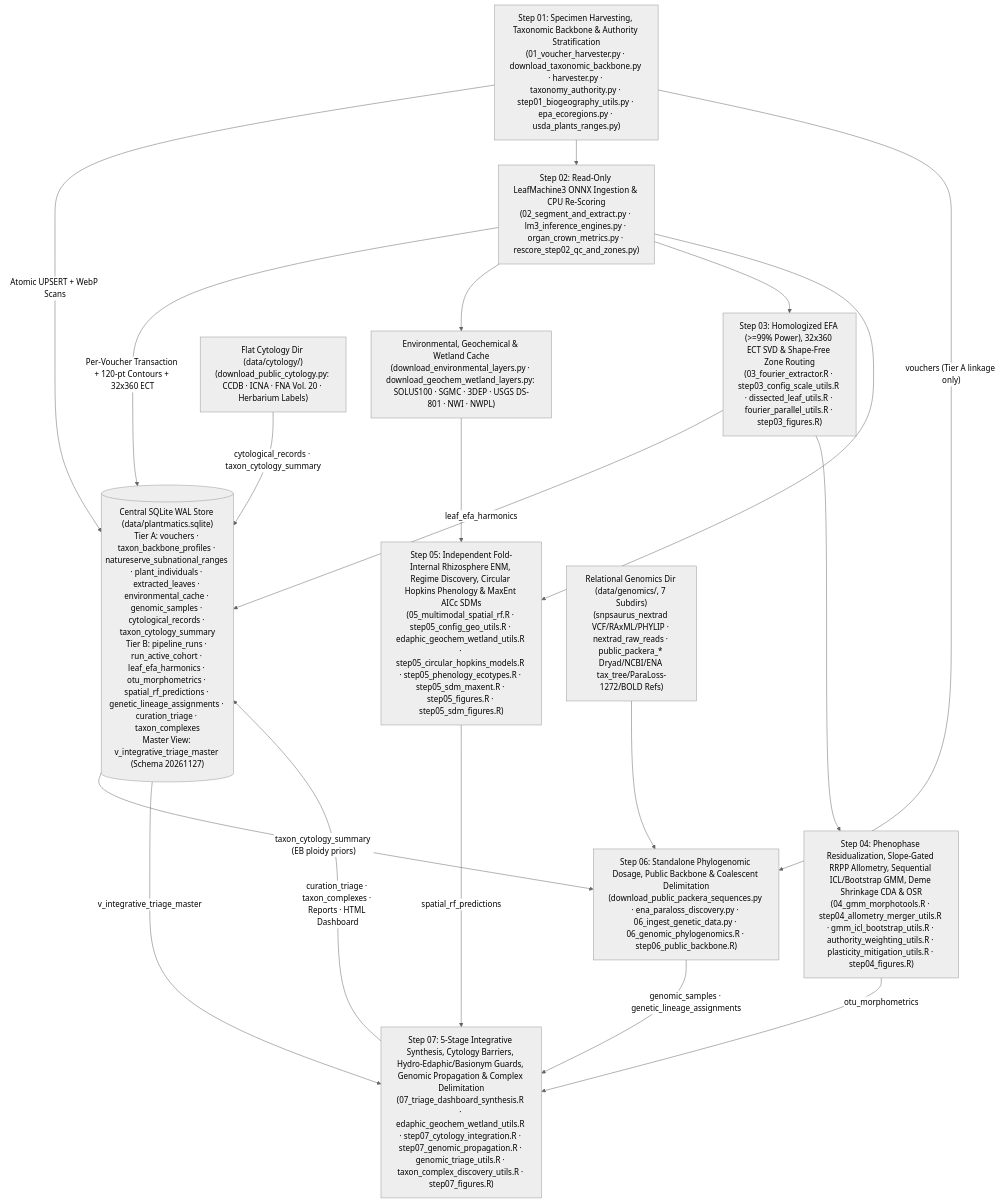
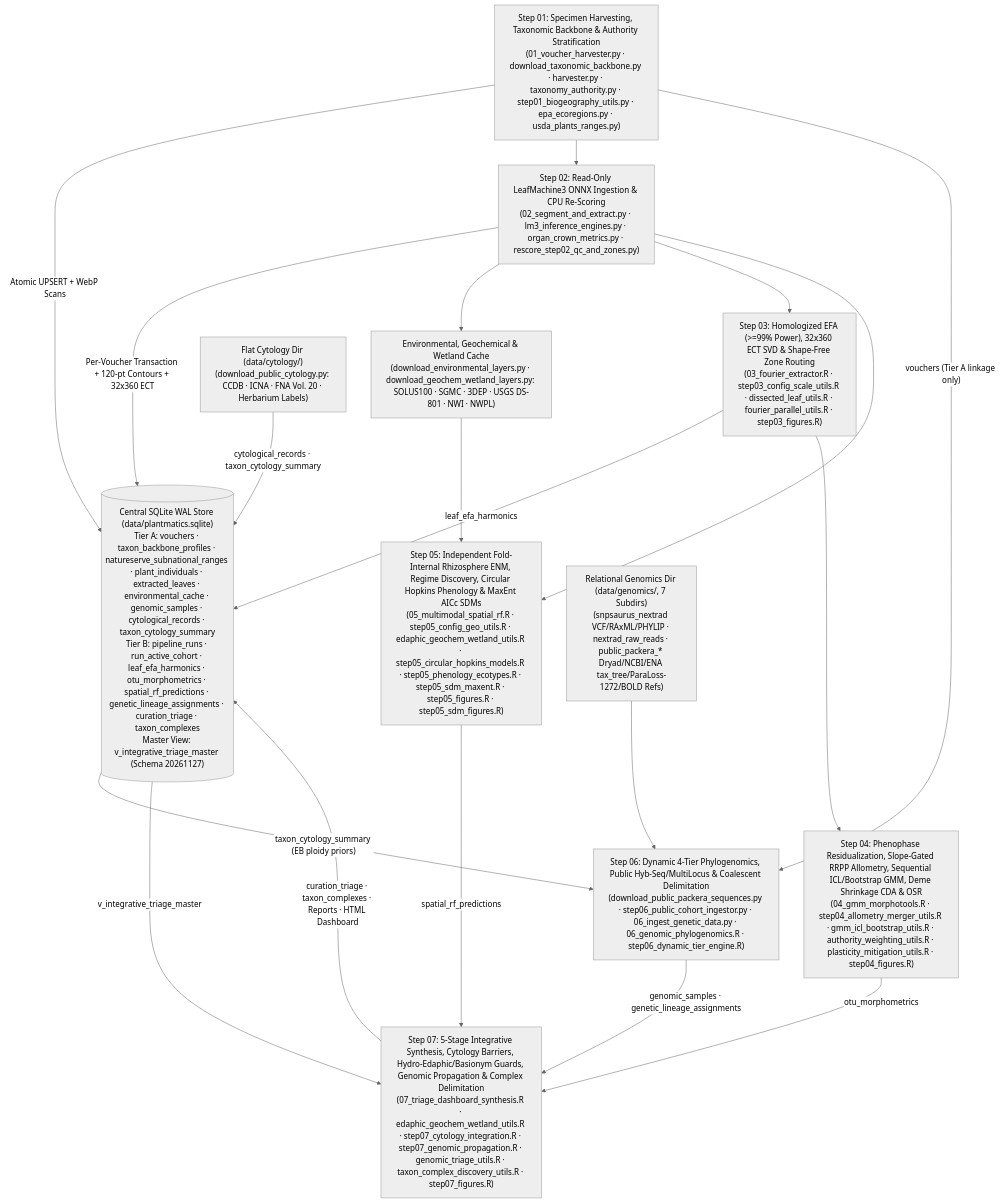
Before and after one commit to Plantatsrophe/Packera_dubia_morphometrics: the diagram in README.md, drawn with Mermaid (neutral theme). The commit also changed other lines of this file and 20 other files, not shown here.

Commit message:
feat: add step 06 dynamic tier engine, public cohort ingestion, and figures

````diff
--- a/README.md
+++ b/README.md
@@ -31,23 +31,23 @@
 ```mermaid
 flowchart TD
     DB[("Central SQLite WAL Store (data/plantmatics.sqlite)\nTier A: vouchers · taxon_backbone_profiles · natureserve_subnational_ranges · plant_individuals · extracted_leaves · environmental_cache · genomic_samples · cytological_records · taxon_cytology_summary\nTier B: pipeline_runs · run_active_cohort · leaf_efa_harmonics · otu_morphometrics · spatial_rf_predictions · genetic_lineage_assignments · curation_triage · taxon_complexes\nMaster View: v_integrative_triage_master (Schema 20261127)")]
 
     S1["Step 01: Specimen Harvesting, Taxonomic Backbone & Authority Stratification\n(01_voucher_harvester.py · download_taxonomic_backbone.py · harvester.py · taxonomy_authority.py · step01_biogeography_utils.py · epa_ecoregions.py · usda_plants_ranges.py)"] -->|"Atomic UPSERT + WebP Scans"| DB
     S1 --> S2["Step 02: Read-Only LeafMachine3 ONNX Ingestion & CPU Re-Scoring\n(02_segment_and_extract.py · lm3_inference_engines.py · organ_crown_metrics.py · rescore_step02_qc_and_zones.py)"]
     S2 -->|"Per-Voucher Transaction + 120-pt Contours + 32x360 ECT"| DB
     S2 --> E0["Environmental, Geochemical & Wetland Cache\n(download_environmental_layers.py · download_geochem_wetland_layers.py: SOLUS100 · SGMC · 3DEP · USGS DS-801 · NWI · NWPL)"]
     S2 --> S3["Step 03: Homologized EFA (>=99% Power), 32x360 ECT SVD & Shape-Free Zone Routing\n(03_fourier_extractor.R · step03_config_scale_utils.R · dissected_leaf_utils.R · fourier_parallel_utils.R · step03_figures.R)"]
     S3 -->|"leaf_efa_harmonics"| DB
     S3 --> S4["Step 04: Phenophase Residualization, Slope-Gated RRPP Allometry, Sequential ICL/Bootstrap GMM, Deme Shrinkage CDA & OSR\n(04_gmm_morphotools.R · step04_allometry_merger_utils.R · gmm_icl_bootstrap_utils.R · authority_weighting_utils.R · plasticity_mitigation_utils.R · step04_figures.R)"]
     S4 -->|"otu_morphometrics"| S7
     S2 --> S5["Step 05: Independent Fold-Internal Rhizosphere ENM, Regime Discovery, Circular Hopkins Phenology & MaxEnt AICc SDMs\n(05_multimodal_spatial_rf.R · step05_config_geo_utils.R · edaphic_geochem_wetland_utils.R · step05_circular_hopkins_models.R · step05_phenology_ecotypes.R · step05_sdm_maxent.R · step05_figures.R · step05_sdm_figures.R)"]
     E0 --> S5
     S5 -->|"spatial_rf_predictions"| S7
-    G0["Relational Genomics Dir (data/genomics/, 7 Subdirs)\n(snpsaurus_nextrad VCF/RAxML/PHYLIP · nextrad_raw_reads · public_packera_* Dryad/NCBI/ENA tax_tree/ParaLoss-1272/BOLD Refs)"] --> S6["Step 06: Standalone Phylogenomic Dosage, Public Backbone & Coalescent Delimitation\n(download_public_packera_sequences.py · ena_paraloss_discovery.py · 06_ingest_genetic_data.py · 06_genomic_phylogenomics.R · step06_public_backbone.R)"]
+    G0["Relational Genomics Dir (data/genomics/, 7 Subdirs)\n(snpsaurus_nextrad VCF/RAxML/PHYLIP · nextrad_raw_reads · public_packera_* Dryad/NCBI/ENA tax_tree/ParaLoss-1272/BOLD Refs)"] --> S6["Step 06: Dynamic 4-Tier Phylogenomics, Public Hyb-Seq/MultiLocus & Coalescent Delimitation\n(download_public_packera_sequences.py · step06_public_cohort_ingestor.py · 06_ingest_genetic_data.py · 06_genomic_phylogenomics.R · step06_dynamic_tier_engine.R)"]
     S1 -->|"vouchers (Tier A linkage only)"| S6
     S6 -->|"genomic_samples · genetic_lineage_assignments"| S7
     C0["Flat Cytology Dir (data/cytology/)\n(download_public_cytology.py: CCDB · ICNA · FNA Vol. 20 · Herbarium Labels)"] -->|"cytological_records · taxon_cytology_summary"| DB
     DB -->|"taxon_cytology_summary (EB ploidy priors)"| S6
     DB -->|"v_integrative_triage_master"| S7["Step 07: 5-Stage Integrative Synthesis, Cytology Barriers, Hydro-Edaphic/Basionym Guards, Genomic Propagation & Complex Delimitation\n(07_triage_dashboard_synthesis.R · edaphic_geochem_wetland_utils.R · step07_cytology_integration.R · step07_genomic_propagation.R · genomic_triage_utils.R · taxon_complex_discovery_utils.R · step07_figures.R)"]
     S7 -->|"curation_triage · taxon_complexes · Reports · HTML Dashboard"| DB
 ```
````
